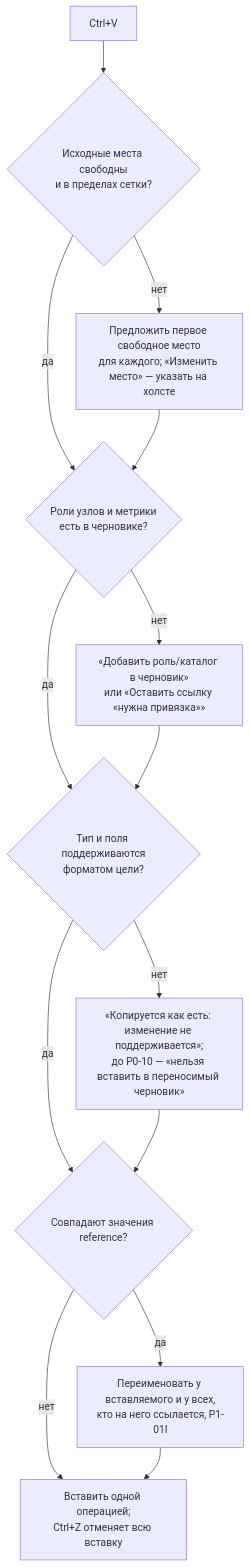
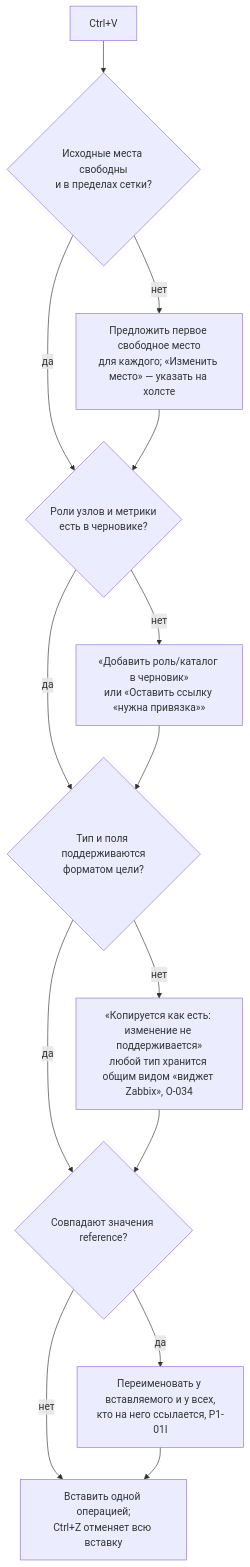
Before and after one commit to kroxiksut/zdashstitch: the diagram in docs/design/P1-04A-E-editor.md, drawn with Mermaid. The commit also changed other lines of this file and 338 other files, not shown here.

````diff
--- a/docs/design/P1-04A-E-editor.md
+++ b/docs/design/P1-04A-E-editor.md
@@ -143,16 +145,16 @@
 ```mermaid
 flowchart TD
     V[Ctrl+V] --> P{Исходные места свободны<br/>и в пределах сетки?}
     P -- да --> R
     P -- нет --> Q[Предложить первое свободное место<br/>для каждого; «Изменить место» — указать на холсте]
     Q --> R{Роли узлов и метрики<br/>есть в черновике?}
     R -- да --> T
     R -- нет --> S[«Добавить роль/каталог в черновик»<br/>или «Оставить ссылку «нужна привязка»»]
     S --> T{Тип и поля поддерживаются<br/>форматом цели?}
     T -- да --> U
-    T -- нет --> W[«Копируется как есть: изменение не поддерживается»;<br/>до P0-10 — «нельзя вставить в переносимый черновик»]
+    T -- нет --> W[«Копируется как есть: изменение не поддерживается»<br/>любой тип хранится общим видом «виджет Zabbix», O-034]
     W --> U{Совпадают значения reference?}
     U -- да --> X[Переименовать у вставляемого и у всех,<br/>кто на него ссылается, P1-01I]
     U -- нет --> Y[Вставить одной операцией;<br/>Ctrl+Z отменяет всю вставку]
     X --> Y
 ```
````
